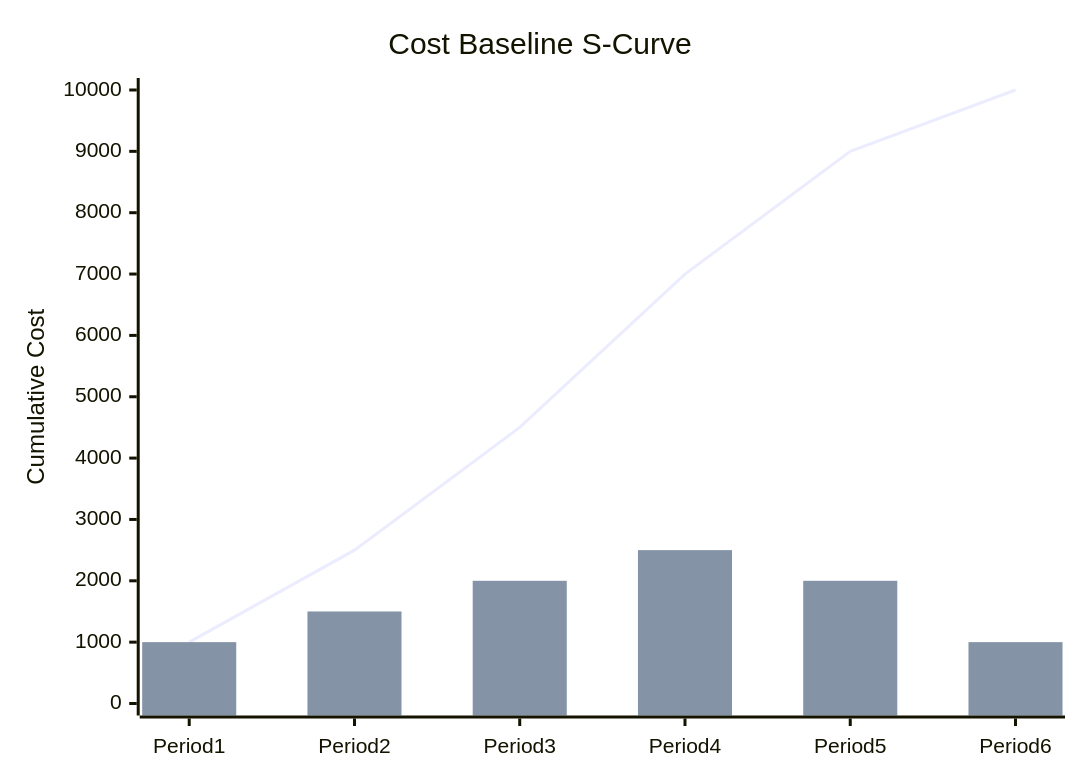
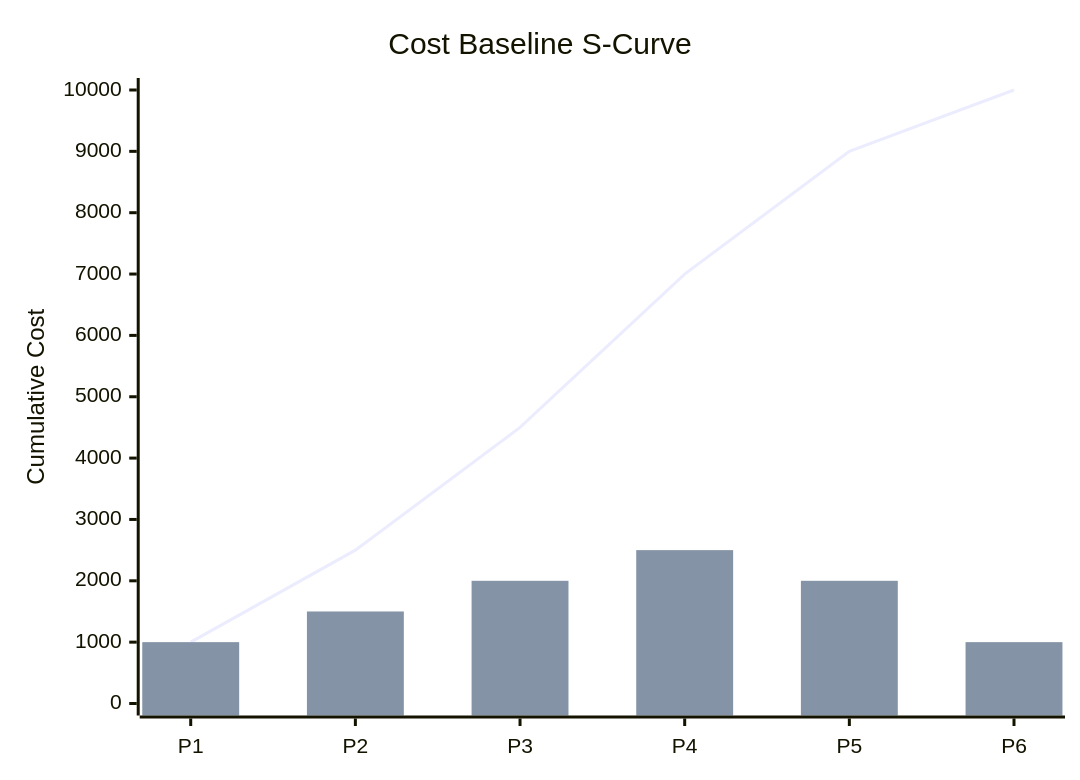
The diagram in forms/04_Planning/04_Cost/04_Cost_Baseline/04_04_04_Cost_Baseline_Template.md (fakhruldeen/Tasleemat), drawn with Mermaid before and after one commit. The commit also changed other lines of this file and 3 other files, not shown here.

Commit message:
fix(forms): resolve mermaid lexical error in arabic cost baseline by strictly enforcing ascii x-axis

````diff
--- a/forms/04_Planning/04_Cost/04_Cost_Baseline/04_04_04_Cost_Baseline_Template.md
+++ b/forms/04_Planning/04_Cost/04_Cost_Baseline/04_04_04_Cost_Baseline_Template.md
@@ -35,8 +36,8 @@
 ```mermaid
 xychart-beta
     title "Cost Baseline S-Curve"
-    x-axis [Period 1, Period 2, Period 3, Period 4, Period 5, Period 6]
+    x-axis [P1, P2, P3, P4, P5, P6]
     y-axis "Cumulative Cost" 0 --> 10000
     line [1000, 2500, 4500, 7000, 9000, 10000]
     bar [1000, 1500, 2000, 2500, 2000, 1000]
 ```
````
